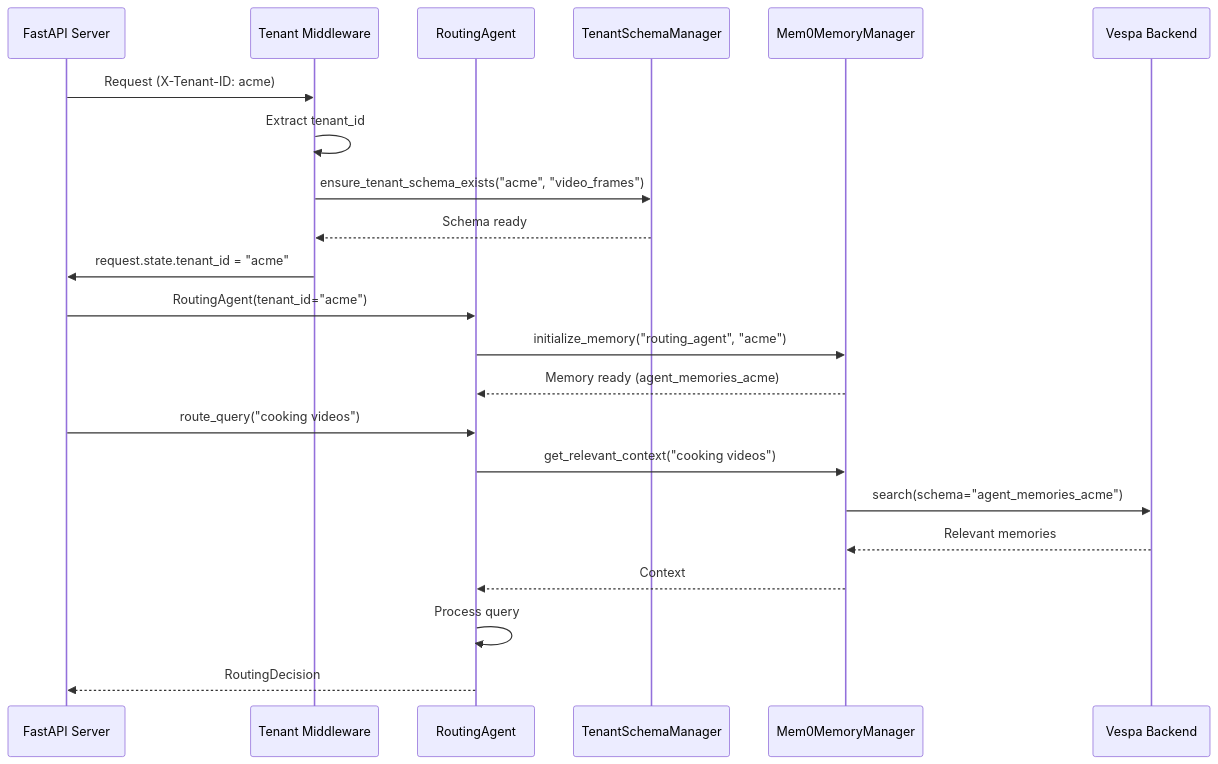
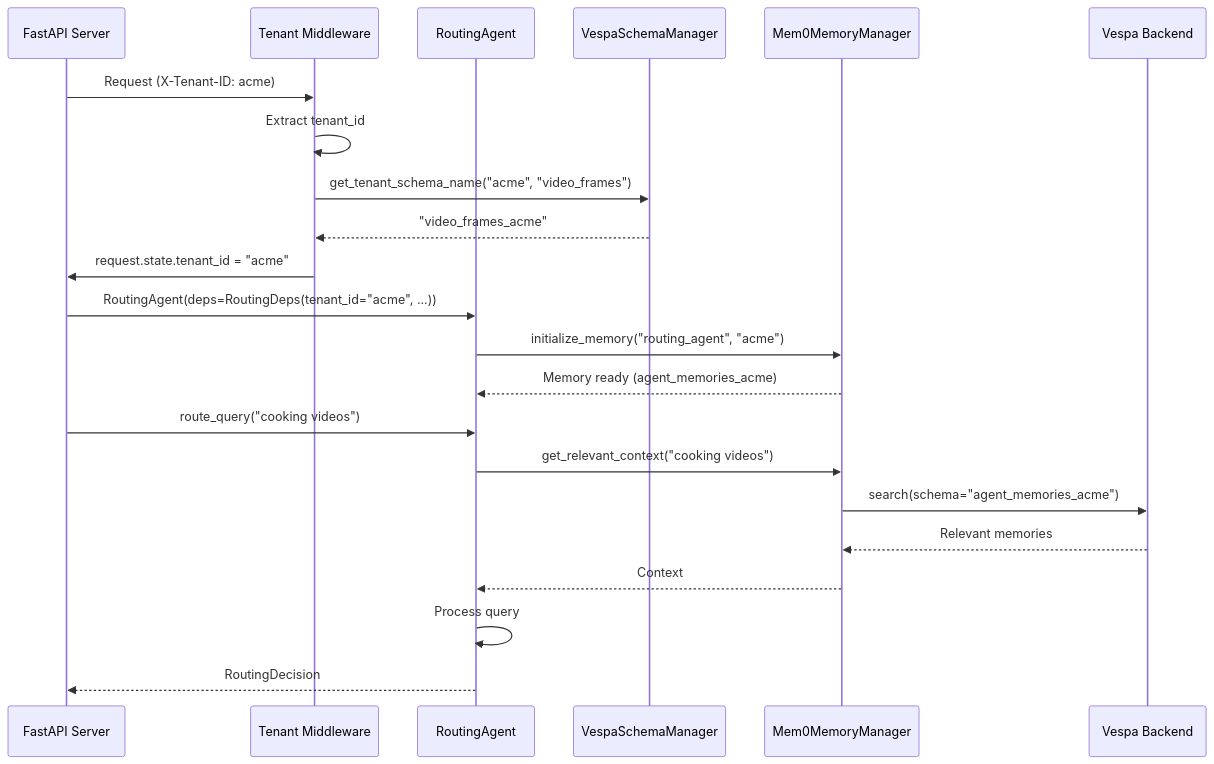
One commit to amit-jain/cogniverse changed diagram 14 of 20 in docs/modules/agents.md. Above: the diagram before and after it, drawn with Mermaid. The commit also changed other lines of this file and 83 other files, not shown here.

First line of the commit message:
Fix documentation veracity, formatting, and diagrams across all modules

````diff
--- a/docs/modules/agents.md
+++ b/docs/modules/agents.md
@@ -2448,27 +2955,27 @@
 ```mermaid
 sequenceDiagram
     participant API as FastAPI Server
     participant Middleware as Tenant Middleware
     participant Agent as RoutingAgent
-    participant SchemaManager as TenantSchemaManager
+    participant SchemaManager as VespaSchemaManager
     participant Memory as Mem0MemoryManager
     participant Vespa as Vespa Backend
 
     API->>Middleware: Request (X-Tenant-ID: acme)
     Middleware->>Middleware: Extract tenant_id
-    Middleware->>SchemaManager: ensure_tenant_schema_exists("acme", "video_frames")
-    SchemaManager-->>Middleware: Schema ready
+    Middleware->>SchemaManager: get_tenant_schema_name("acme", "video_frames")
+    SchemaManager-->>Middleware: "video_frames_acme"
     Middleware->>API: request.state.tenant_id = "acme"
 
-    API->>Agent: RoutingAgent(tenant_id="acme")
+    API->>Agent: RoutingAgent(deps=RoutingDeps(tenant_id="acme", ...))
     Agent->>Memory: initialize_memory("routing_agent", "acme")
     Memory-->>Agent: Memory ready (agent_memories_acme)
 
     API->>Agent: route_query("cooking videos")
     Agent->>Memory: get_relevant_context("cooking videos")
     Memory->>Vespa: search(schema="agent_memories_acme")
     Vespa-->>Memory: Relevant memories
     Memory-->>Agent: Context
     Agent->>Agent: Process query
     Agent-->>API: RoutingDecision
 ```
````
